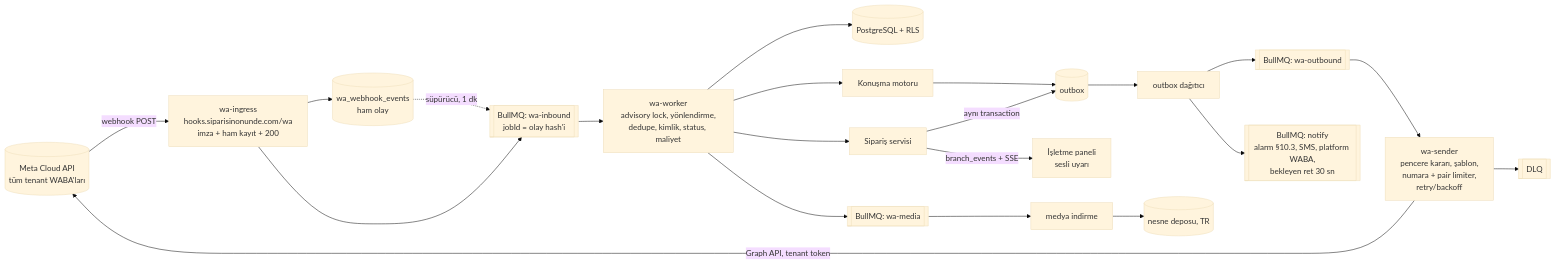
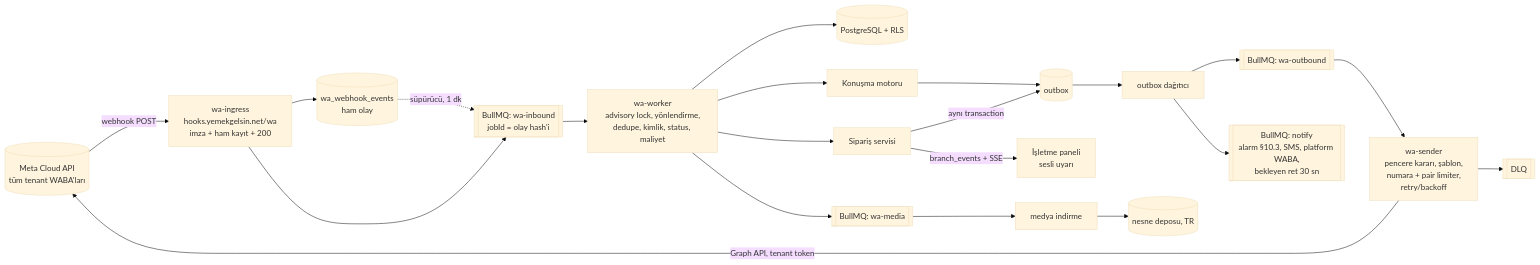
The fourth of 4 diagrams in docs/02-whatsapp-entegrasyonu.md (eraycaylak/siparisinonunde), drawn with Mermaid (base theme) before and after one commit. The commit also changed other lines of this file and 99 other files, not shown here.

First line of the commit message:
Yemek Gelsin: marka adı, yemekgelsin.net alan adı, herkese açık demo

````diff
--- a/docs/02-whatsapp-entegrasyonu.md
+++ b/docs/02-whatsapp-entegrasyonu.md
@@ -705,21 +705,21 @@
 ```mermaid
 flowchart LR
-  Meta[("Meta Cloud API<br/>tüm tenant WABA'ları")] -- webhook POST --> ING["wa-ingress<br/>hooks.siparisinonunde.com/wa<br/>imza + ham kayıt + 200"]
+  Meta[("Meta Cloud API<br/>tüm tenant WABA'ları")] -- webhook POST --> ING["wa-ingress<br/>hooks.yemekgelsin.net/wa<br/>imza + ham kayıt + 200"]
   ING --> RAW[(wa_webhook_events<br/>ham olay)]
   ING --> Q1[["BullMQ: wa-inbound<br/>jobId = olay hash'i"]]
   RAW -. süpürücü, 1 dk .-> Q1
   Q1 --> WK[wa-worker<br/>advisory lock, yönlendirme,<br/>dedupe, kimlik, status, maliyet]
   WK --> DB[(PostgreSQL + RLS)]
   WK --> ENG[Konuşma motoru]
   WK --> ORD[Sipariş servisi]
   ORD -- aynı transaction --> OBX[(outbox)]
   ENG --> OBX
   OBX --> DSP[outbox dağıtıcı]
   DSP --> Q2[["BullMQ: wa-outbound"]]
   Q2 --> SND[wa-sender<br/>pencere kararı, şablon,<br/>numara + pair limiter,<br/>retry/backoff]
   SND -- Graph API, tenant token --> Meta
   SND --> DLQ[[DLQ]]
   WK --> Q3[["BullMQ: wa-media"]] --> MED[medya indirme] --> OBJ[(nesne deposu, TR)]
   ORD -- "branch_events + SSE" --> PANEL[İşletme paneli<br/>sesli uyarı]
   DSP --> NTF[["BullMQ: notify<br/>alarm §10.3, SMS, platform WABA,<br/>bekleyen ret 30 sn"]]
 ```
````
